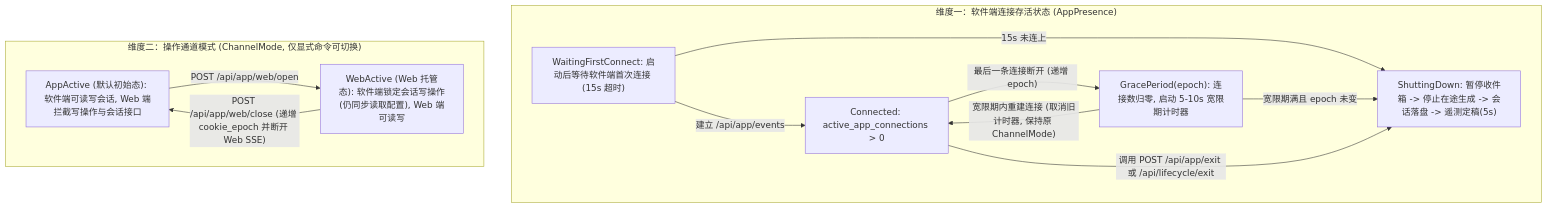
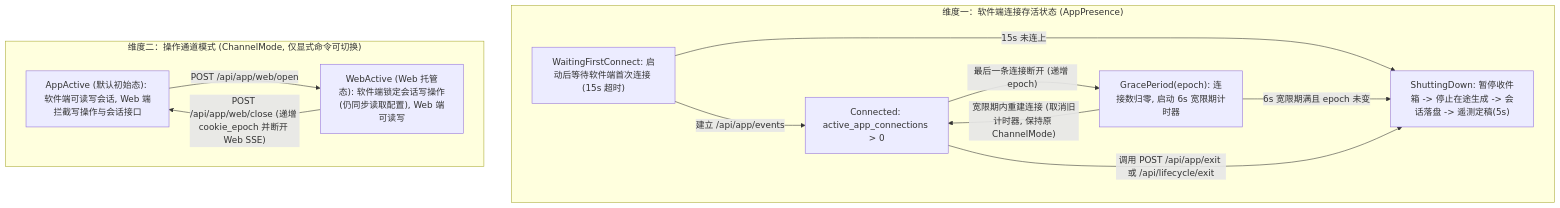
One commit to SCAU-Computer-Serving-Team/cst-pilot changed the second of 4 diagrams in doc/rust/plan/7.server.md. Above: the diagram before and after it, drawn with Mermaid. The commit also changed other lines of this file and 46 other files, not shown here.

````diff
--- a/doc/rust/plan/7.server.md
+++ b/doc/rust/plan/7.server.md
@@ -76,24 +76,24 @@
 ```mermaid
 flowchart TD
     subgraph Presence["维度一：软件端连接存活状态 (AppPresence)"]
         WaitFirst["WaitingFirstConnect: 启动后等待软件端首次连接 (15s 超时)"]
         Connected["Connected: active_app_connections > 0"]
-        Grace["GracePeriod(epoch): 连接数归零, 启动 5-10s 宽限期计时器"]
+        Grace["GracePeriod(epoch): 连接数归零, 启动 6s 宽限期计时器"]
         Shutdown["ShuttingDown: 暂停收件箱 -> 停止在途生成 -> 会话落盘 -> 遥测定稿(5s)"]
 
         WaitFirst -->|"建立 /api/app/events"| Connected
         WaitFirst -->|"15s 未连上"| Shutdown
         Connected -->|"最后一条连接断开 (递增 epoch)"| Grace
         Grace -->|"宽限期内重建连接 (取消旧计时器, 保持原 ChannelMode)"| Connected
-        Grace -->|"宽限期满且 epoch 未变"| Shutdown
+        Grace -->|"6s 宽限期满且 epoch 未变"| Shutdown
         Connected -->|"调用 POST /api/app/exit 或 /api/lifecycle/exit"| Shutdown
     end
 
     subgraph Channel["维度二：操作通道模式 (ChannelMode, 仅显式命令可切换)"]
         AppMode["AppActive (默认初始态): 软件端可读写会话, Web 端拦截写操作与会话接口"]
         WebMode["WebActive (Web 托管态): 软件端锁定会话写操作(仍同步读取配置), Web 端可读写"]
 
         AppMode -->|"POST /api/app/web/open"| WebMode
         WebMode -->|"POST /api/app/web/close (递增 cookie_epoch 并断开 Web SSE)"| AppMode
     end
 ```
````
